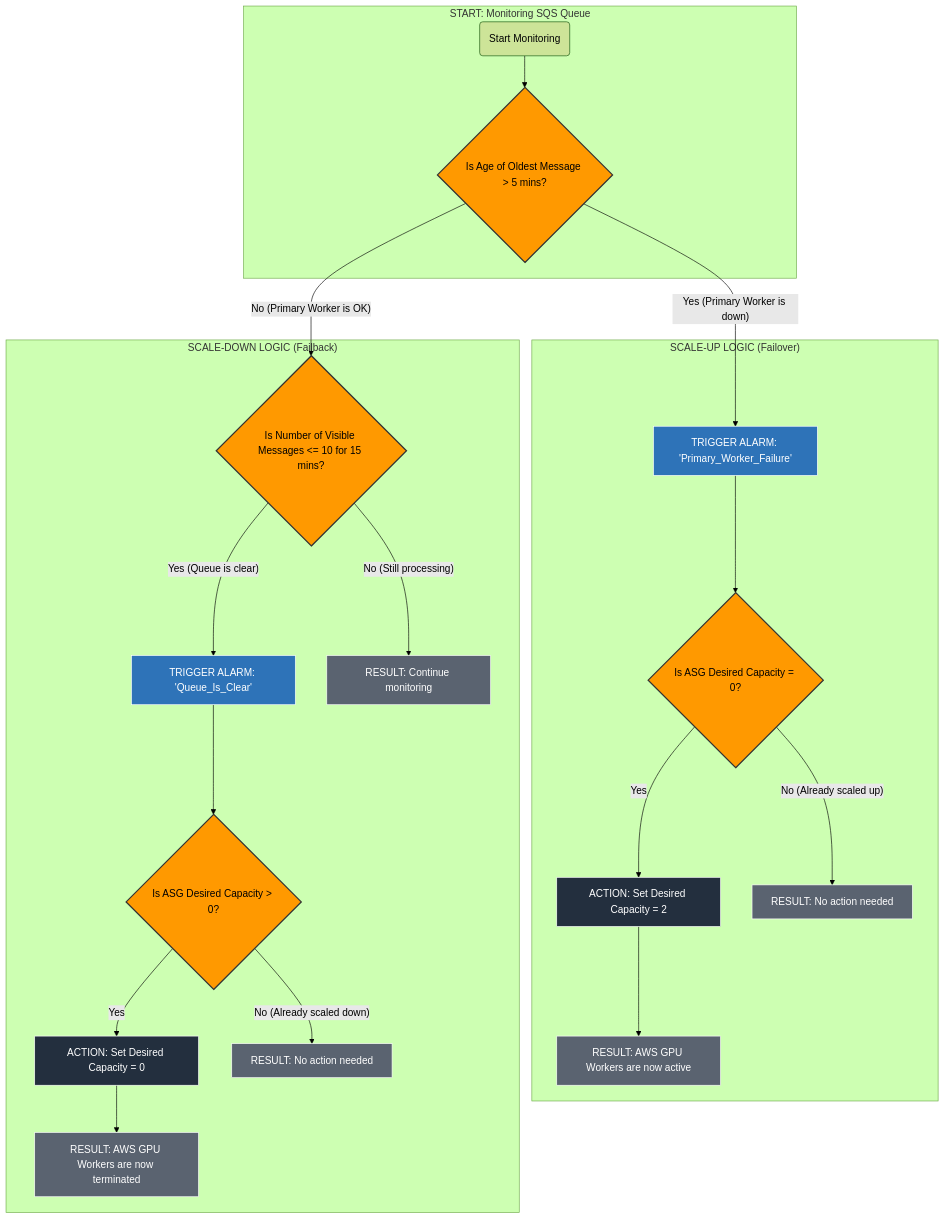
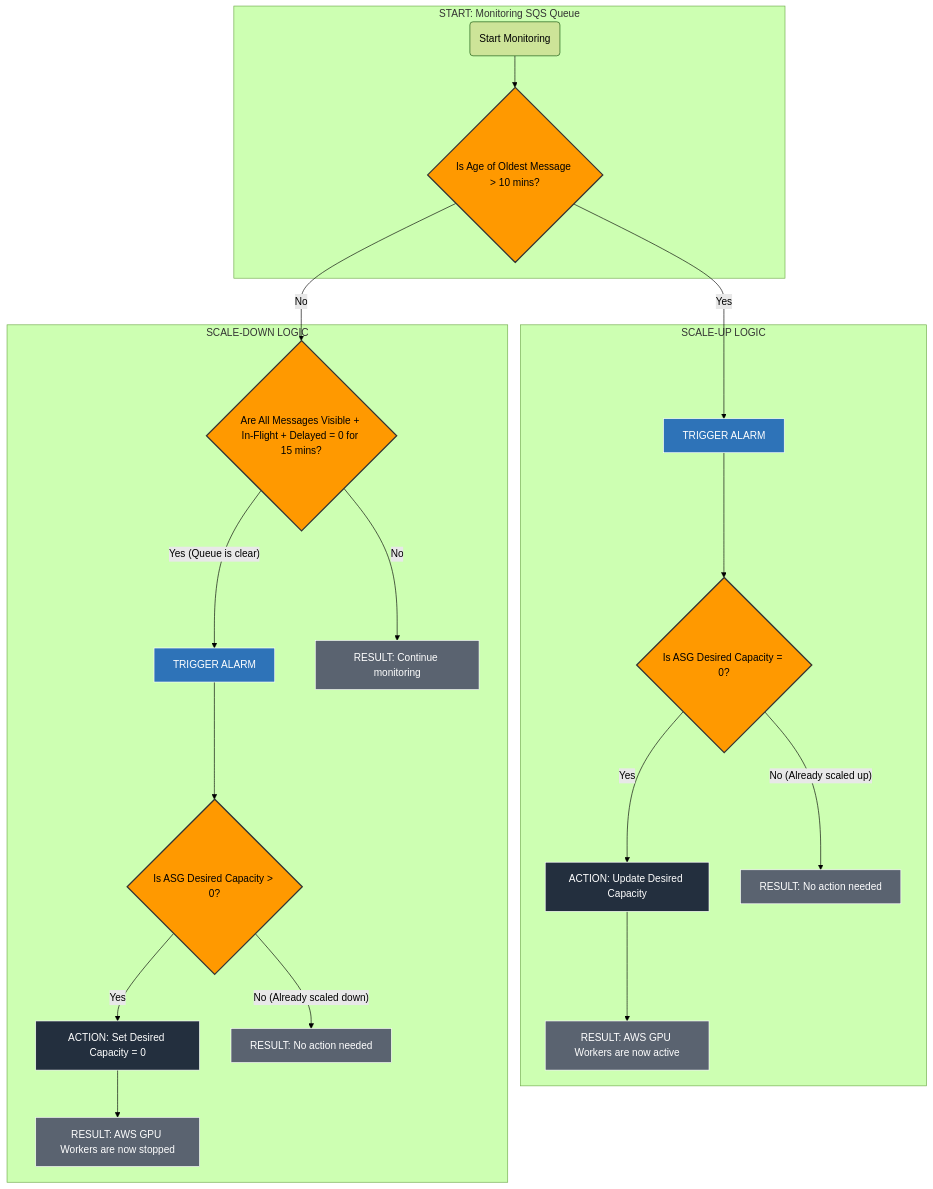
Before and after one commit to nhutleFlydinotech/My-docs: the diagram in automatic_GPU_switchover_flow.md, drawn with Mermaid (forest theme).

Commit message:
Update GPU switchover flow diagram: change message age threshold from 5 to 10 minutes, simplify alarm triggers, and clarify scaling actions.

````diff
--- a/automatic_GPU_switchover_flow.md
+++ b/automatic_GPU_switchover_flow.md
@@ -1,35 +1,35 @@
 ```mermaid
 graph TD
     subgraph "START: Monitoring SQS Queue"
-        A(Start Monitoring) --> B{Is Age of Oldest Message > 5 mins?};
+        A(Start Monitoring) --> B{Is Age of Oldest Message > 10 mins?};
     end
 
-    subgraph "SCALE-UP LOGIC (Failover)"
-        B -- "Yes (Primary Worker is down)" --> C[TRIGGER ALARM: 'Primary_Worker_Failure'];
+    subgraph "SCALE-UP LOGIC"
+        B -- "Yes" --> C[TRIGGER ALARM];
         C --> D{Is ASG Desired Capacity = 0?};
-        D -- "Yes" --> E[ACTION: Set Desired Capacity = 2];
+        D -- "Yes" --> E[ACTION: Update Desired Capacity];
         E --> F[RESULT: AWS GPU Workers are now active];
         D -- "No (Already scaled up)" --> G[RESULT: No action needed];
     end
 
-    subgraph "SCALE-DOWN LOGIC (Failback)"
-        B -- "No (Primary Worker is OK)" --> H{Is Number of Visible Messages <= 10 for 15 mins?};
-        H -- "Yes (Queue is clear)" --> I[TRIGGER ALARM: 'Queue_Is_Clear'];
+    subgraph "SCALE-DOWN LOGIC"
+        B -- "No" --> H{Are All Messages Visible + In-Flight + Delayed = 0 for 15 mins?};
+        H -- "Yes (Queue is clear)" --> I[TRIGGER ALARM];
         I --> J{Is ASG Desired Capacity > 0?};
         J -- "Yes" --> K[ACTION: Set Desired Capacity = 0];
-        K --> L[RESULT: AWS GPU Workers are now terminated];
+        K --> L[RESULT: AWS GPU Workers are now stopped];
         J -- "No (Already scaled down)" --> M[RESULT: No action needed];
-        H -- "No (Still processing)" --> N[RESULT: Continue monitoring];
+        H -- "No" --> N[RESULT: Continue monitoring];
     end
 
     %% Styling
     classDef decision fill:#FF9900,stroke:#333,stroke-width:2px,color:#000
     classDef action fill:#232F3E,stroke:#fff,stroke-width:1px,color:#fff
     classDef state fill:#2E73B8,stroke:#fff,stroke-width:1px,color:#fff
     classDef terminal fill:#5A6370,stroke:#fff,stroke-width:1px,color:#fff
 
     class B,D,H,J decision
     class C,I state
     class E,K action
     class F,G,L,M,N terminal
 ```
````
